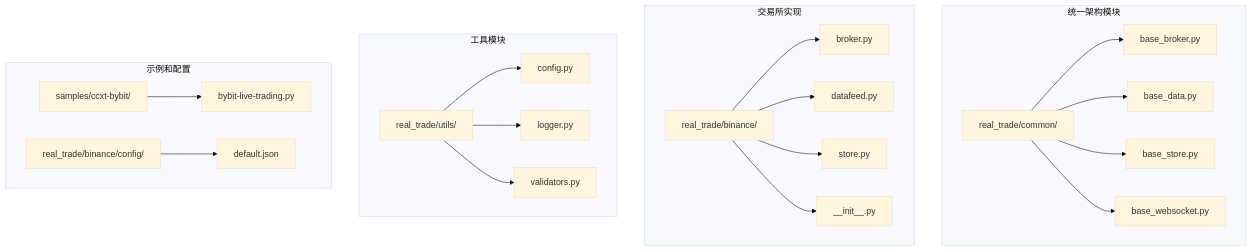
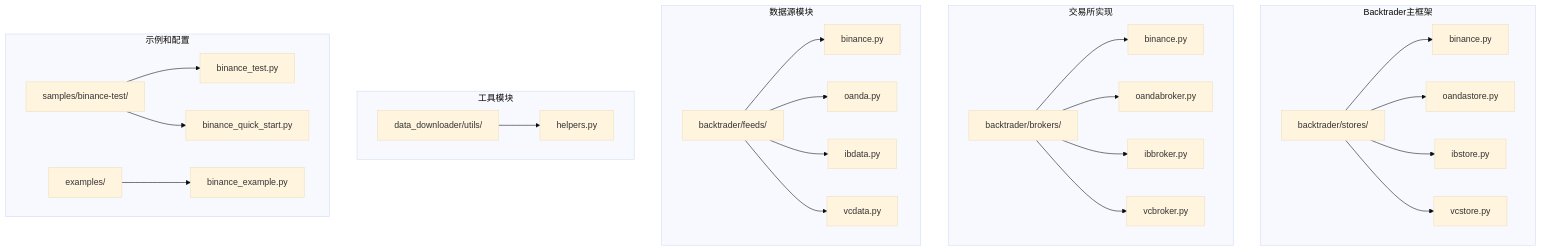
The first of 7 diagrams in .qoder/repowiki/zh/content/实盘交易模块/Bybit交易所集成/Bybit交易所集成.md (bench-prog/backtrader), drawn with Mermaid (base theme) before and after one commit. The commit also changed other lines of this file and 23 other files, not shown here.

````diff
--- a/.qoder/repowiki/zh/content/实盘交易模块/Bybit交易所集成/Bybit交易所集成.md
+++ b/.qoder/repowiki/zh/content/实盘交易模块/Bybit交易所集成/Bybit交易所集成.md
@@ -57,24 +55,29 @@
 ```mermaid
 graph TB
-subgraph "统一架构模块"
-A[real_trade/common/] --> B[base_broker.py]
-A --> C[base_data.py]
-A --> D[base_store.py]
-A --> E[base_websocket.py]
+subgraph "Backtrader主框架"
+A[backtrader/stores/] --> B[binance.py]
+A --> C[oandastore.py]
+A --> D[ibstore.py]
+A --> E[vcstore.py]
 end
 subgraph "交易所实现"
-F[real_trade/binance/] --> G[broker.py]
-F --> H[datafeed.py]
-F --> I[store.py]
-F --> J[__init__.py]
+F[backtrader/brokers/] --> G[binance.py]
+F --> H[oandabroker.py]
+F --> I[ibbroker.py]
+F --> J[vcbroker.py]
+end
+subgraph "数据源模块"
+K[backtrader/feeds/] --> L[binance.py]
+K --> M[oanda.py]
+K --> N[ibdata.py]
+K --> O[vcdata.py]
 end
 subgraph "工具模块"
-K[real_trade/utils/] --> L[config.py]
-K --> M[logger.py]
-K --> N[validators.py]
+P[data_downloader/utils/] --> Q[helpers.py]
 end
 subgraph "示例和配置"
-O[samples/ccxt-bybit/] --> P[bybit-live-trading.py]
-Q[real_trade/binance/config/] --> R[default.json]
+R[samples/binance-test/] --> S[binance_test.py]
+R --> T[binance_quick_start.py]
+U[examples/] --> V[binance_example.py]
 end
 ```
````
